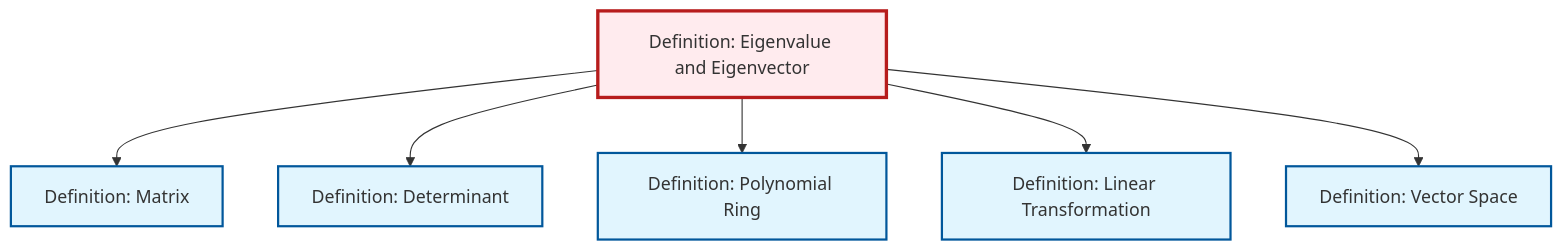
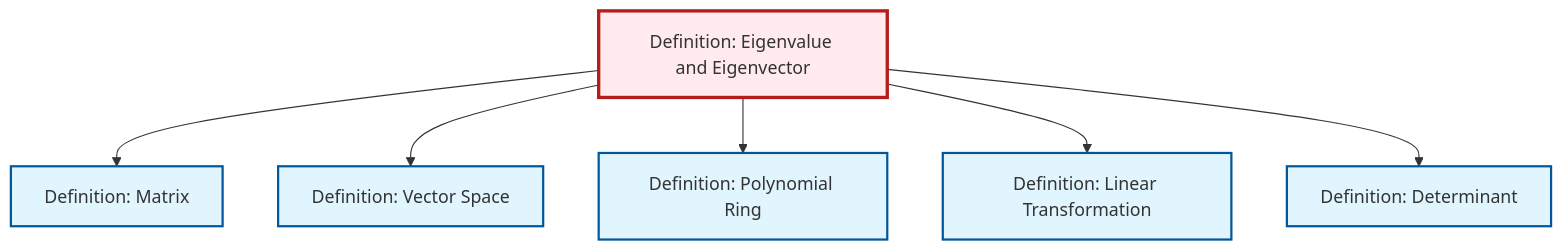
Before and after one commit to RK0429/ModernMath: the diagram in content/en/algebra/def-eigenvalue-eigenvector.qmd, drawn with Mermaid. The commit also changed other lines of this file and 619 other files, not shown here.

````diff
--- a/content/en/algebra/def-eigenvalue-eigenvector.qmd
+++ b/content/en/algebra/def-eigenvalue-eigenvector.qmd
@@ -74,26 +74,26 @@
 ```{mermaid}
 %%| fig-cap: "Local dependency graph"
 graph TD
     classDef definition fill:#e1f5fe,stroke:#01579b,stroke-width:2px
     classDef theorem fill:#f3e5f5,stroke:#4a148c,stroke-width:2px
     classDef axiom fill:#fff3e0,stroke:#e65100,stroke-width:2px
     classDef example fill:#e8f5e9,stroke:#1b5e20,stroke-width:2px
     classDef current fill:#ffebee,stroke:#b71c1c,stroke-width:3px
+    def-determinant["Definition: Determinant"]:::definition
+    def-eigenvalue-eigenvector["Definition: Eigenvalue and Eigenvector"]:::definition
+    def-linear-transformation["Definition: Linear Transformation"]:::definition
     def-polynomial-ring["Definition: Polynomial Ring"]:::definition
+    def-matrix["Definition: Matrix"]:::definition
     def-vector-space["Definition: Vector Space"]:::definition
-    def-determinant["Definition: Determinant"]:::definition
-    def-matrix["Definition: Matrix"]:::definition
-    def-linear-transformation["Definition: Linear Transformation"]:::definition
-    def-eigenvalue-eigenvector["Definition: Eigenvalue and Eigenvector"]:::definition
     def-eigenvalue-eigenvector --> def-matrix
-    def-eigenvalue-eigenvector --> def-determinant
+    def-eigenvalue-eigenvector --> def-vector-space
     def-eigenvalue-eigenvector --> def-polynomial-ring
     def-eigenvalue-eigenvector --> def-linear-transformation
-    def-eigenvalue-eigenvector --> def-vector-space
+    def-eigenvalue-eigenvector --> def-determinant
     class def-eigenvalue-eigenvector current
+    click def-determinant "def-determinant.html" "Go to Determinant definition"
+    click def-linear-transformation "def-linear-transformation.html" "Go to Linear Transformation definition"
     click def-polynomial-ring "def-polynomial-ring.html" "Go to Polynomial Ring definition"
+    click def-matrix "def-matrix.html" "Go to Matrix definition"
     click def-vector-space "def-vector-space.html" "Go to Vector Space definition"
-    click def-determinant "def-determinant.html" "Go to Determinant definition"
-    click def-matrix "def-matrix.html" "Go to Matrix definition"
-    click def-linear-transformation "def-linear-transformation.html" "Go to Linear Transformation definition"
 ```
````
